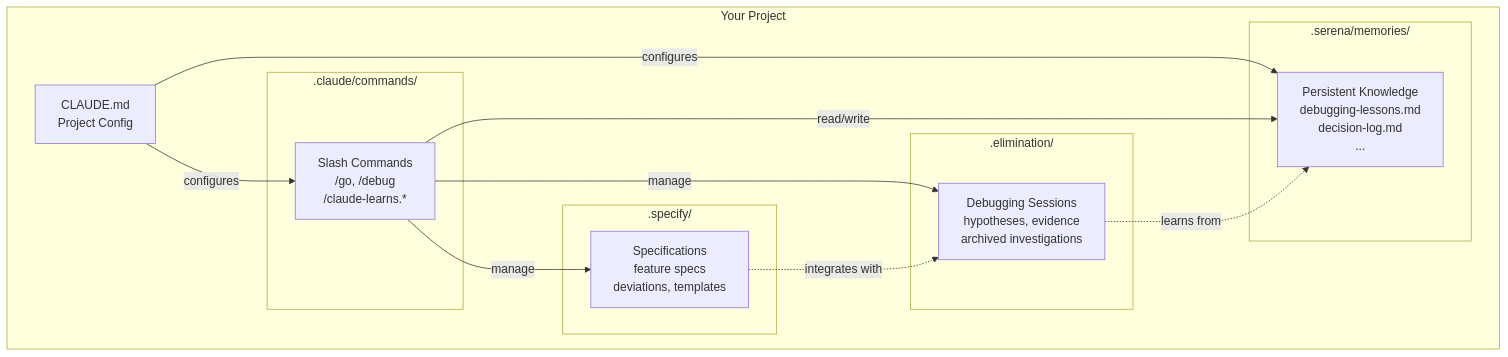
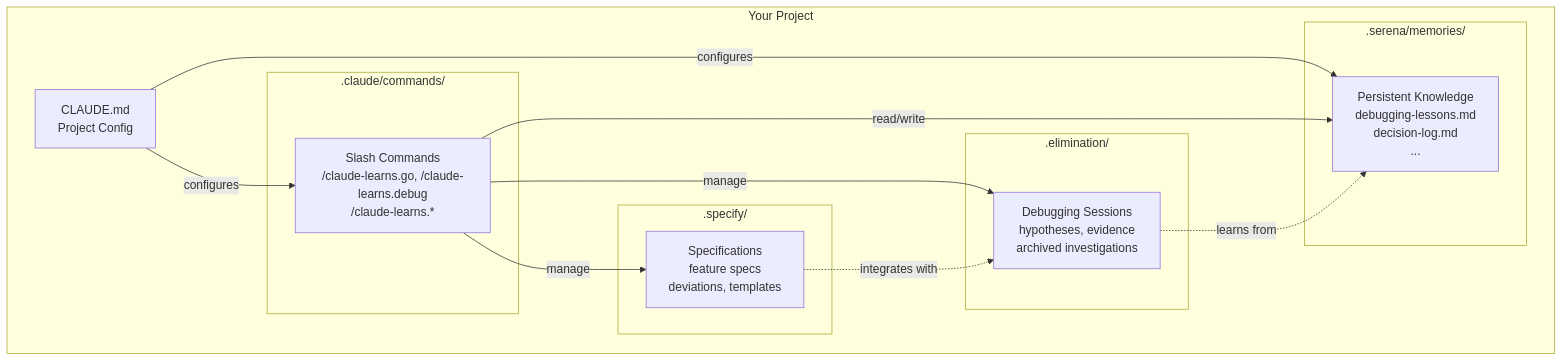
Before and after one commit to danielcbright/claude-learns: the first of 2 diagrams in README.md, drawn with Mermaid. The commit also changed other lines of this file and 24 other files, not shown here.

First line of the commit message:
Rename generic commands to claude-learns.* prefix for consistency

````diff
--- a/README.md
+++ b/README.md
@@ -40,30 +40,30 @@
 ```mermaid
 graph TB
     subgraph "Your Project"
         CLAUDE[CLAUDE.md<br/>Project Config]
 
         subgraph ".serena/memories/"
             MEM[Persistent Knowledge<br/>debugging-lessons.md<br/>decision-log.md<br/>...]
         end
 
         subgraph ".claude/commands/"
-            CMD[Slash Commands<br/>/go, /debug<br/>/claude-learns.*]
+            CMD[Slash Commands<br/>/claude-learns.go, /claude-learns.debug<br/>/claude-learns.*]
         end
 
         subgraph ".elimination/"
             ELIM[Debugging Sessions<br/>hypotheses, evidence<br/>archived investigations]
         end
 
         subgraph ".specify/"
             SPEC[Specifications<br/>feature specs<br/>deviations, templates]
         end
     end
 
     CLAUDE -->|configures| MEM
     CLAUDE -->|configures| CMD
     CMD -->|read/write| MEM
     CMD -->|manage| ELIM
     CMD -->|manage| SPEC
     ELIM -.->|learns from| MEM
     SPEC -.->|integrates with| ELIM
 ```
````
